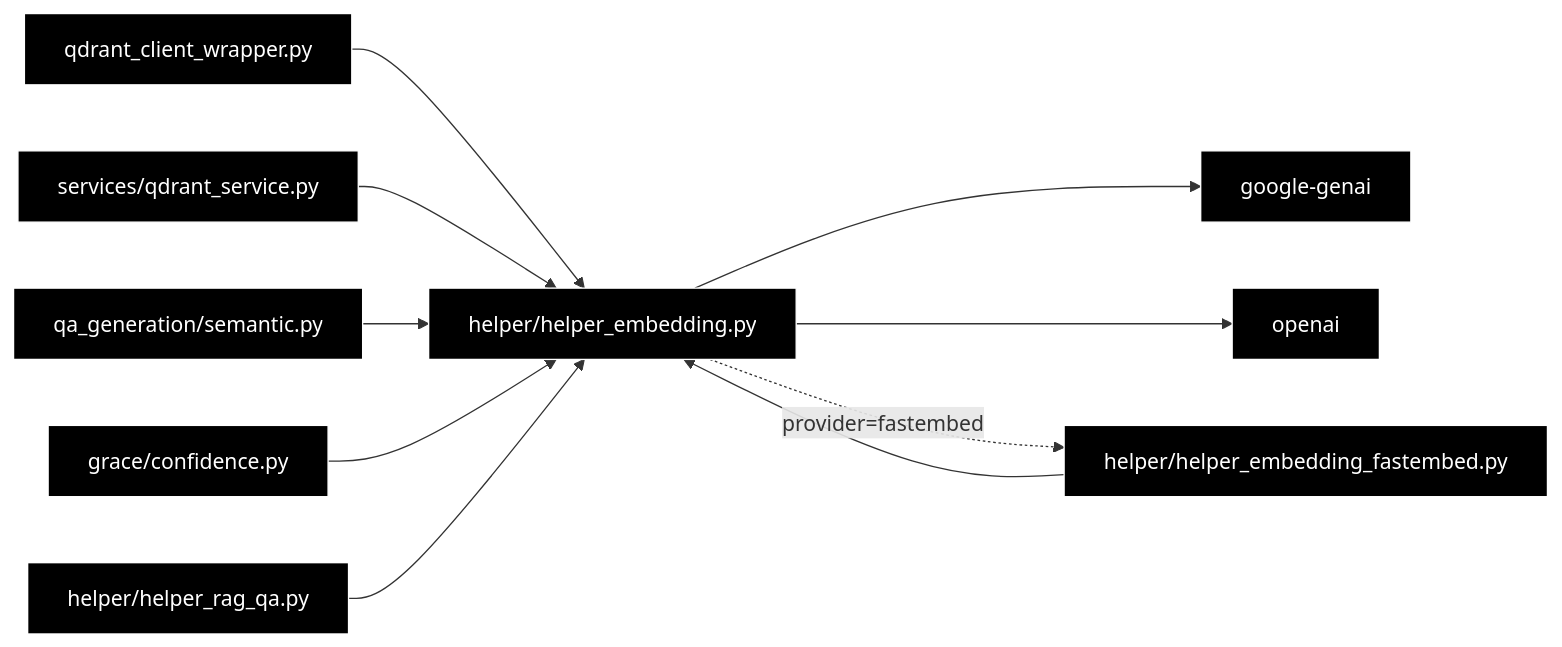
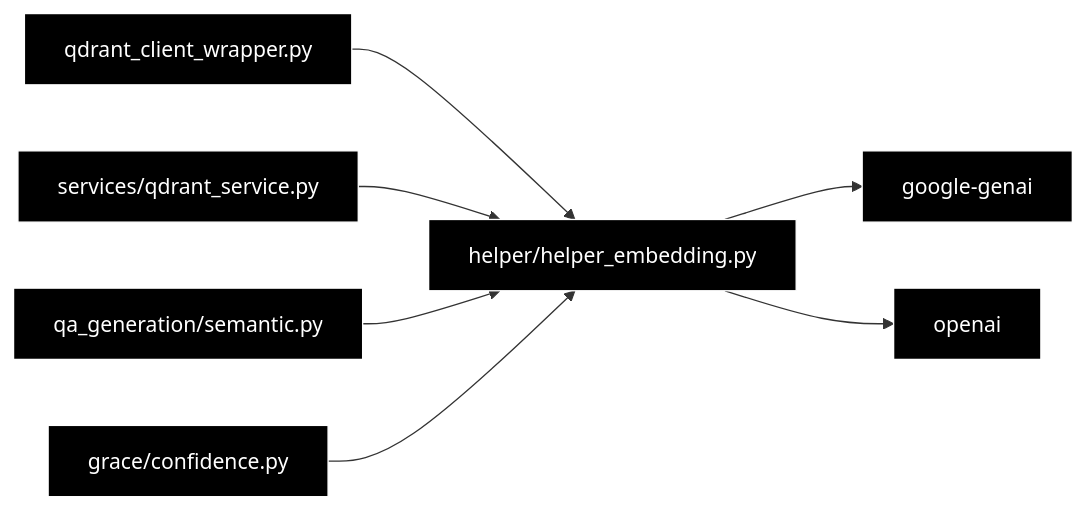
One commit to nakashima2toshio/grace_v2_local changed the third of 3 diagrams in helper/docs/helper_embedding.md. Above: the diagram before and after it, drawn with Mermaid. The commit also changed other lines of this file and 41 other files, not shown here.

````diff
--- a/helper/docs/helper_embedding.md
+++ b/helper/docs/helper_embedding.md
@@ -625,15 +623,12 @@
 ```mermaid
 flowchart LR
     QCW["qdrant_client_wrapper.py"] --> HE["helper/helper_embedding.py"]
     QDS["services/qdrant_service.py"] --> HE
     SEM["qa_generation/semantic.py"] --> HE
     CONF["grace/confidence.py"] --> HE
-    RQA["helper/helper_rag_qa.py"] --> HE
     HE --> GENAI["google-genai"]
     HE --> OAI["openai"]
-    HE -.->|"provider=fastembed"| FE["helper/helper_embedding_fastembed.py"]
-    FE --> HE
 classDef default fill:#000,stroke:#fff,color:#fff
 classDef subgraphStyle fill:#1a1a1a,stroke:#fff,color:#fff
-class QCW,QDS,SEM,CONF,RQA,HE,GENAI,OAI,FE default
+class QCW,QDS,SEM,CONF,HE,GENAI,OAI default
 ```
````
